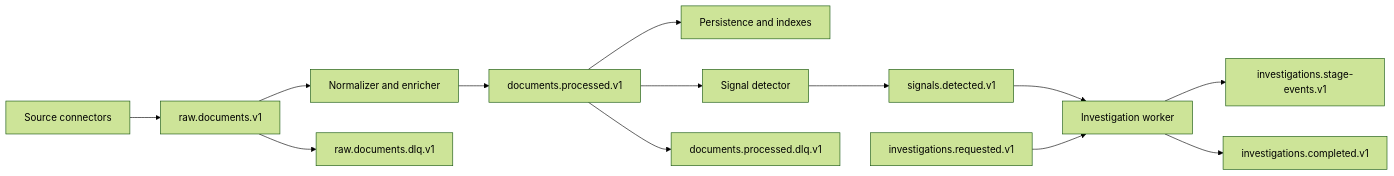
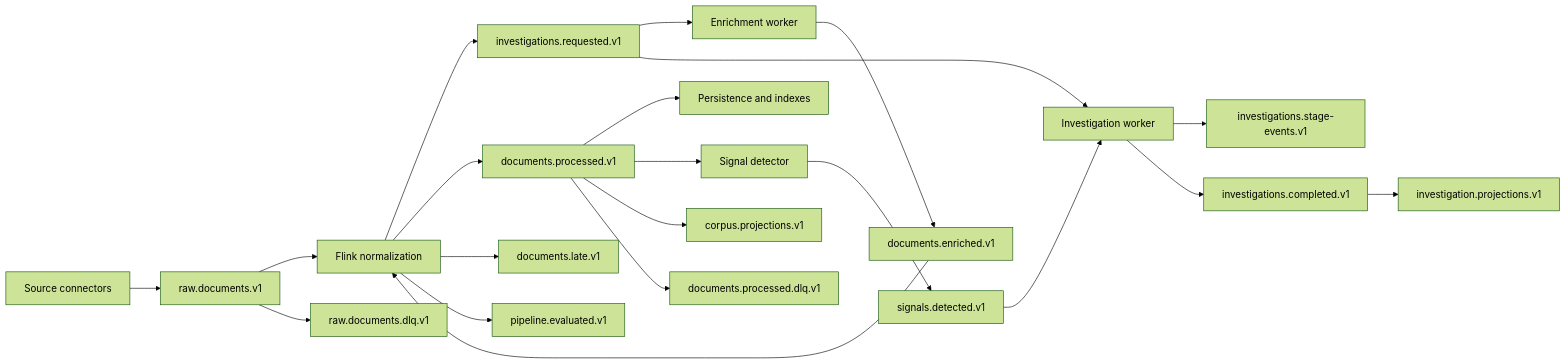
One commit to mnihad000/rhetoriq changed the diagram in docs/KAFKA.md. Above: the diagram before and after it, drawn with Mermaid (forest theme). The commit also changed other lines of this file and 29 other files, not shown here.

````diff
--- a/docs/KAFKA.md
+++ b/docs/KAFKA.md
@@ -19,15 +19,23 @@
 ```mermaid
 flowchart LR
     C[Source connectors] --> R[raw.documents.v1]
-    R --> N[Normalizer and enricher]
+    R --> N[Flink normalization]
+    N --> Q[documents.enrichment-requested.v1]
+    Q --> W[Enrichment worker]
+    W --> E[documents.enriched.v1]
+    E --> N
     N --> D[documents.processed.v1]
+    N --> L[documents.late.v1]
+    N --> H[pipeline.evaluated.v1]
     D --> S[Persistence and indexes]
     D --> V[Signal detector]
     V --> G[signals.detected.v1]
     G --> I[Investigation worker]
     Q[investigations.requested.v1] --> I
-    I --> E[investigations.stage-events.v1]
+    I --> ST[investigations.stage-events.v1]
     I --> O[investigations.completed.v1]
+    D --> CP[corpus.projections.v1]
+    O --> IP[investigation.projections.v1]
     R --> X[raw.documents.dlq.v1]
     D --> Y[documents.processed.dlq.v1]
 ```
````
